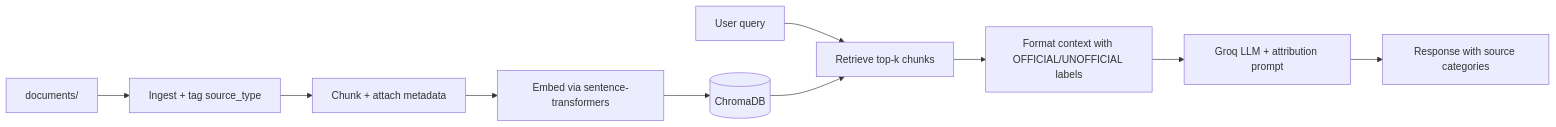
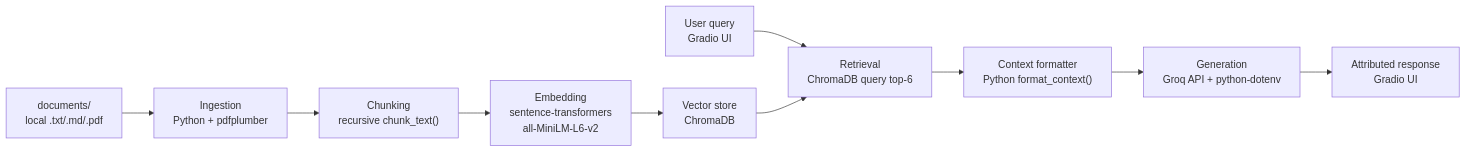
The diagram in planning.md (Ned-Ibrahim/ai201-unofficial-guide), drawn with Mermaid before and after one commit. The commit also changed other lines of this file, not shown here.

Commit message:
Complete planning checkpoint: chunking, retrieval, eval rubric, and AI tool plan. Adds gradable eval answers, tool-labeled architecture, and per-milestone AI implementation plan for CPT/OPT survival guide RAG pipeline.

````diff
--- a/planning.md
+++ b/planning.md
@@ -197,12 +222,12 @@
 ```mermaid
 flowchart LR
-    A[documents/] --> B[Ingest + tag source_type]
-    B --> C[Chunk + attach metadata]
-    C --> D[Embed via sentence-transformers]
-    D --> E[(ChromaDB)]
-    F[User query] --> G[Retrieve top-k chunks]
+    A["documents/<br/>local .txt/.md/.pdf"] --> B["Ingestion<br/>Python + pdfplumber"]
+    B --> C["Chunking<br/>recursive chunk_text()"]
+    C --> D["Embedding<br/>sentence-transformers<br/>all-MiniLM-L6-v2"]
+    D --> E["Vector store<br/>ChromaDB"]
+    F["User query<br/>Gradio UI"] --> G["Retrieval<br/>ChromaDB query top-6"]
     E --> G
-    G --> H[Format context with OFFICIAL/UNOFFICIAL labels]
-    H --> I[Groq LLM + attribution prompt]
-    I --> J[Response with source categories]
+    G --> H["Context formatter<br/>Python format_context()"]
+    H --> I["Generation<br/>Groq API + python-dotenv"]
+    I --> J["Attributed response<br/>Gradio UI"]
 ```
````
